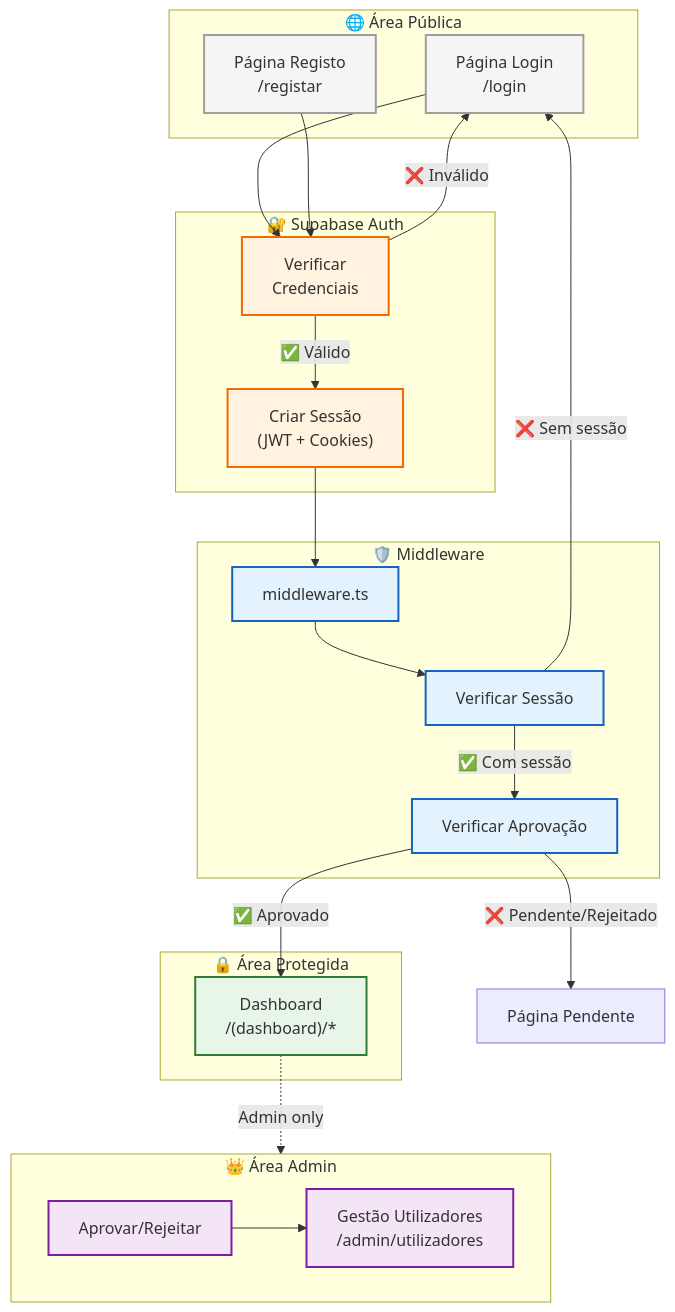
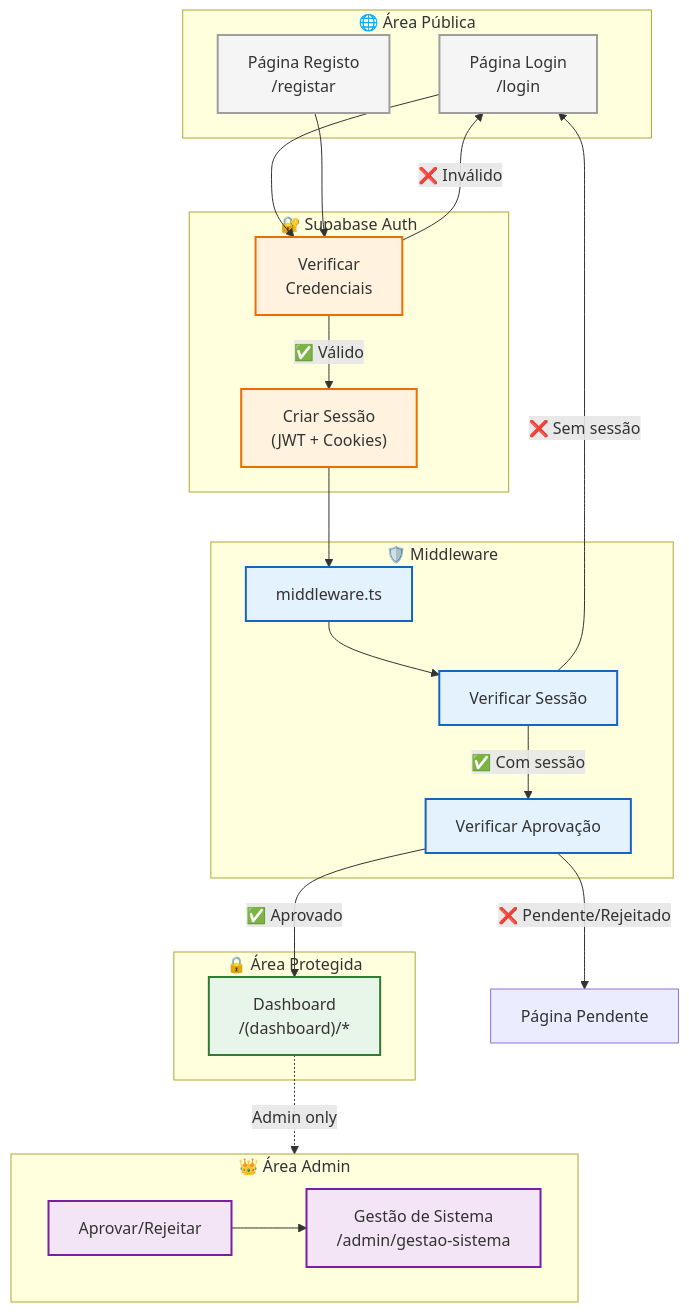
Before and after one commit to hackkalot/crm-prestadores: the first of 9 diagrams in docs/documentation/diagrams/security/auth-flow.md, drawn with Mermaid. The commit also changed other lines of this file and 37 other files, not shown here.

````diff
--- a/docs/documentation/diagrams/security/auth-flow.md
+++ b/docs/documentation/diagrams/security/auth-flow.md
@@ -11,54 +11,54 @@
 ```mermaid
 flowchart TB
     subgraph public ["🌐 Área Pública"]
         login["Página Login<br/>/login"]
         register["Página Registo<br/>/registar"]
     end
 
     subgraph auth ["🔐 Supabase Auth"]
         auth_check["Verificar<br/>Credenciais"]
         session["Criar Sessão<br/>(JWT + Cookies)"]
     end
 
     subgraph middleware ["🛡️ Middleware"]
         mw["middleware.ts"]
         check_session["Verificar Sessão"]
         check_approval["Verificar Aprovação"]
     end
 
     subgraph protected ["🔒 Área Protegida"]
         dashboard["Dashboard<br/>/(dashboard)/*"]
     end
 
     subgraph admin_area ["👑 Área Admin"]
-        users_page["Gestão Utilizadores<br/>/admin/utilizadores"]
+        users_page["Gestão de Sistema<br/>/admin/gestao-sistema"]
         approve["Aprovar/Rejeitar"]
     end
 
     login --> auth_check
     register --> auth_check
     auth_check -->|"✅ Válido"| session
     auth_check -->|"❌ Inválido"| login
 
     session --> mw
     mw --> check_session
     check_session -->|"❌ Sem sessão"| login
     check_session -->|"✅ Com sessão"| check_approval
     check_approval -->|"❌ Pendente/Rejeitado"| pending["Página Pendente"]
     check_approval -->|"✅ Aprovado"| dashboard
 
     dashboard -.->|"Admin only"| admin_area
     approve --> users_page
 
     classDef publicStyle fill:#f5f5f5,stroke:#9e9e9e,stroke-width:2px
     classDef authStyle fill:#fff3e0,stroke:#ef6c00,stroke-width:2px
     classDef middlewareStyle fill:#e3f2fd,stroke:#1565c0,stroke-width:2px
     classDef protectedStyle fill:#e8f5e9,stroke:#2e7d32,stroke-width:2px
     classDef adminStyle fill:#f3e5f5,stroke:#7b1fa2,stroke-width:2px
 
     class login,register publicStyle
     class auth_check,session authStyle
     class mw,check_session,check_approval middlewareStyle
     class dashboard protectedStyle
     class users_page,approve adminStyle
 ```
````
